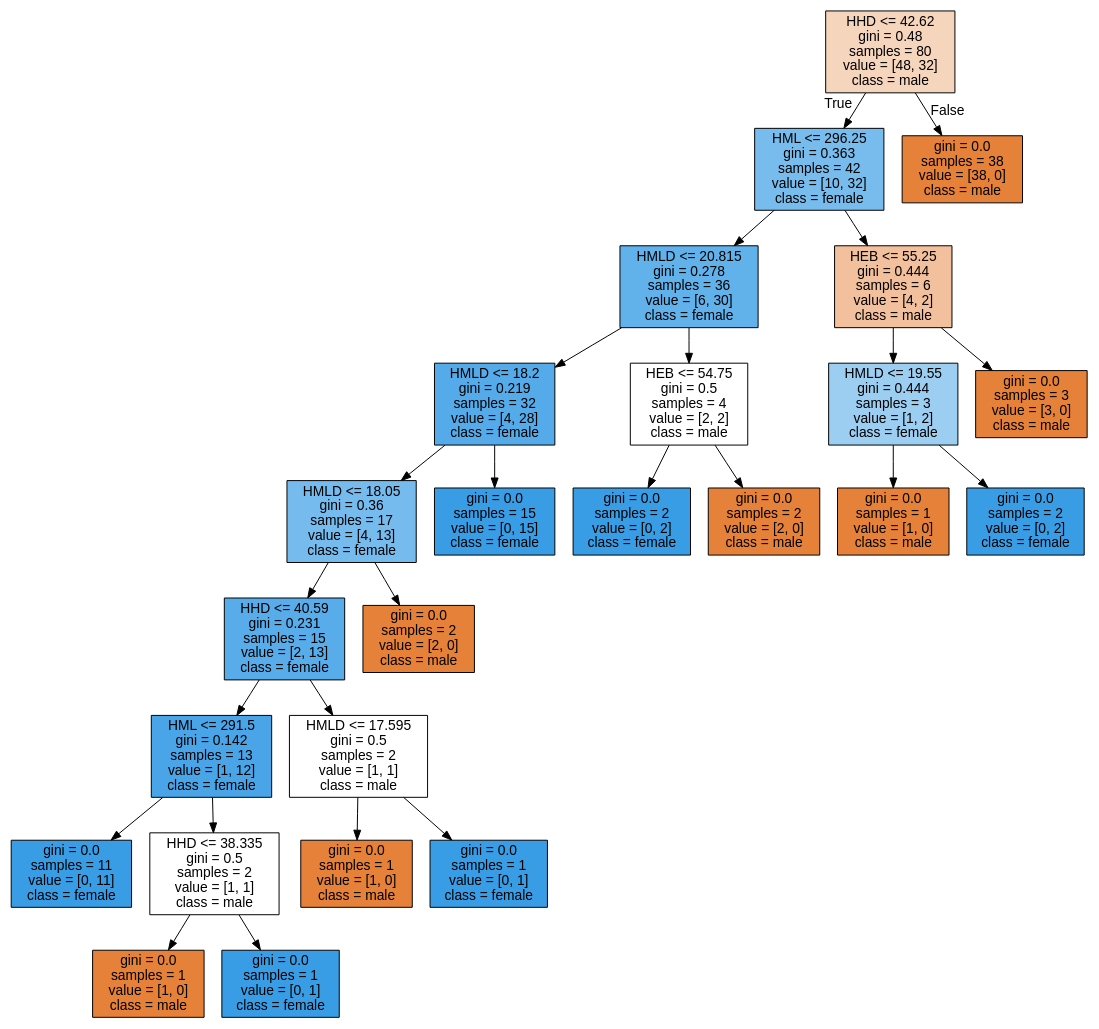
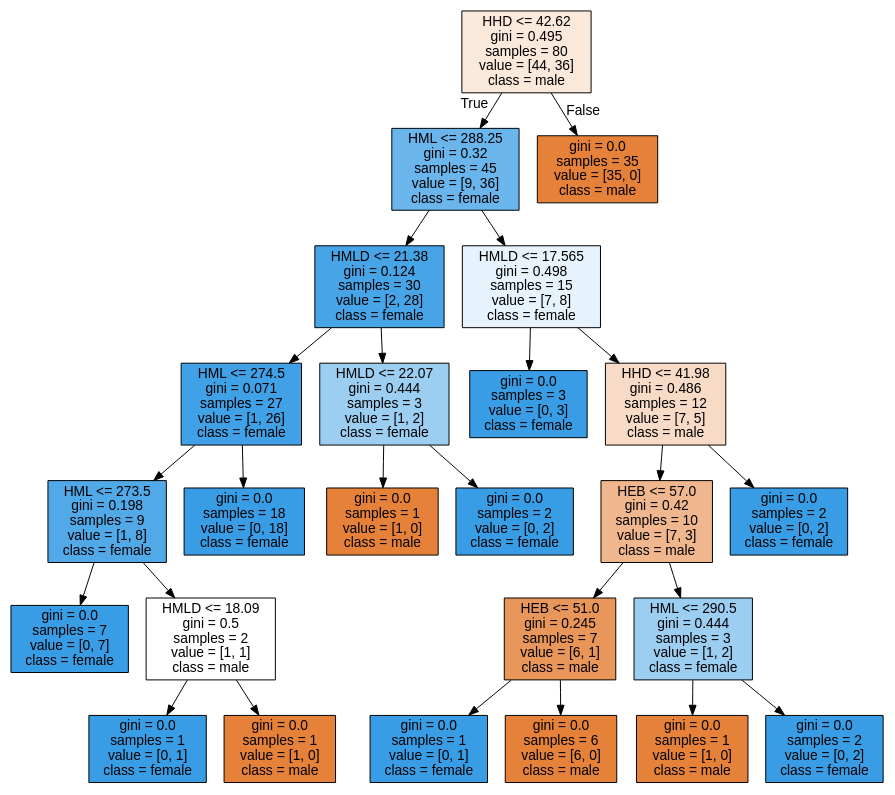
Before and after one commit to AndreeaBolonyi/ReconstituiriIstorice: the diagram in tree.dot, drawn with Graphviz. The commit also changed 5 other files, not shown here.

```diff
--- a/tree.dot
+++ b/tree.dot
@@ -1,53 +1,53 @@
 digraph Tree {
 node [shape=box, style="filled", color="black", fontname="helvetica"] ;
 edge [fontname="helvetica"] ;
-0 [label="HHD <= 42.62\ngini = 0.48\nsamples = 80\nvalue = [48, 32]\nclass = male", fillcolor="#f6d5bd"] ;
-1 [label="HML <= 296.25\ngini = 0.363\nsamples = 42\nvalue = [10, 32]\nclass = female", fillcolor="#77bced"] ;
+0 [label="HHD <= 42.62\ngini = 0.495\nsamples = 80\nvalue = [44, 36]\nclass = male", fillcolor="#fae8db"] ;
+1 [label="HML <= 288.25\ngini = 0.32\nsamples = 45\nvalue = [9, 36]\nclass = female", fillcolor="#6ab6ec"] ;
 0 -> 1 [labeldistance=2.5, labelangle=45, headlabel="True"] ;
-2 [label="HMLD <= 20.815\ngini = 0.278\nsamples = 36\nvalue = [6, 30]\nclass = female", fillcolor="#61b1ea"] ;
+2 [label="HMLD <= 21.38\ngini = 0.124\nsamples = 30\nvalue = [2, 28]\nclass = female", fillcolor="#47a4e7"] ;
 1 -> 2 ;
-3 [label="HMLD <= 18.2\ngini = 0.219\nsamples = 32\nvalue = [4, 28]\nclass = female", fillcolor="#55abe9"] ;
+3 [label="HML <= 274.5\ngini = 0.071\nsamples = 27\nvalue = [1, 26]\nclass = female", fillcolor="#41a1e6"] ;
 2 -> 3 ;
-4 [label="HMLD <= 18.05\ngini = 0.36\nsamples = 17\nvalue = [4, 13]\nclass = female", fillcolor="#76bbed"] ;
+4 [label="HML <= 273.5\ngini = 0.198\nsamples = 9\nvalue = [1, 8]\nclass = female", fillcolor="#52a9e8"] ;
 3 -> 4 ;
-5 [label="HHD <= 40.59\ngini = 0.231\nsamples = 15\nvalue = [2, 13]\nclass = female", fillcolor="#57ace9"] ;
+5 [label="gini = 0.0\nsamples = 7\nvalue = [0, 7]\nclass = female", fillcolor="#399de5"] ;
 4 -> 5 ;
-6 [label="HML <= 291.5\ngini = 0.142\nsamples = 13\nvalue = [1, 12]\nclass = female", fillcolor="#49a5e7"] ;
-5 -> 6 ;
-7 [label="gini = 0.0\nsamples = 11\nvalue = [0, 11]\nclass = female", fillcolor="#399de5"] ;
+6 [label="HMLD <= 18.09\ngini = 0.5\nsamples = 2\nvalue = [1, 1]\nclass = male", fillcolor="#ffffff"] ;
+4 -> 6 ;
+7 [label="gini = 0.0\nsamples = 1\nvalue = [0, 1]\nclass = female", fillcolor="#399de5"] ;
 6 -> 7 ;
-8 [label="HHD <= 38.335\ngini = 0.5\nsamples = 2\nvalue = [1, 1]\nclass = male", fillcolor="#ffffff"] ;
+8 [label="gini = 0.0\nsamples = 1\nvalue = [1, 0]\nclass = male", fillcolor="#e58139"] ;
 6 -> 8 ;
-9 [label="gini = 0.0\nsamples = 1\nvalue = [1, 0]\nclass = male", fillcolor="#e58139"] ;
-8 -> 9 ;
-10 [label="gini = 0.0\nsamples = 1\nvalue = [0, 1]\nclass = female", fillcolor="#399de5"] ;
-8 -> 10 ;
-11 [label="HMLD <= 17.595\ngini = 0.5\nsamples = 2\nvalue = [1, 1]\nclass = male", fillcolor="#ffffff"] ;
-5 -> 11 ;
-12 [label="gini = 0.0\nsamples = 1\nvalue = [1, 0]\nclass = male", fillcolor="#e58139"] ;
-11 -> 12 ;
-13 [label="gini = 0.0\nsamples = 1\nvalue = [0, 1]\nclass = female", fillcolor="#399de5"] ;
-11 -> 13 ;
-14 [label="gini = 0.0\nsamples = 2\nvalue = [2, 0]\nclass = male", fillcolor="#e58139"] ;
-4 -> 14 ;
-15 [label="gini = 0.0\nsamples = 15\nvalue = [0, 15]\nclass = female", fillcolor="#399de5"] ;
-3 -> 15 ;
-16 [label="HEB <= 54.75\ngini = 0.5\nsamples = 4\nvalue = [2, 2]\nclass = male", fillcolor="#ffffff"] ;
-2 -> 16 ;
-17 [label="gini = 0.0\nsamples = 2\nvalue = [0, 2]\nclass = female", fillcolor="#399de5"] ;
+9 [label="gini = 0.0\nsamples = 18\nvalue = [0, 18]\nclass = female", fillcolor="#399de5"] ;
+3 -> 9 ;
+10 [label="HMLD <= 22.07\ngini = 0.444\nsamples = 3\nvalue = [1, 2]\nclass = female", fillcolor="#9ccef2"] ;
+2 -> 10 ;
+11 [label="gini = 0.0\nsamples = 1\nvalue = [1, 0]\nclass = male", fillcolor="#e58139"] ;
+10 -> 11 ;
+12 [label="gini = 0.0\nsamples = 2\nvalue = [0, 2]\nclass = female", fillcolor="#399de5"] ;
+10 -> 12 ;
+13 [label="HMLD <= 17.565\ngini = 0.498\nsamples = 15\nvalue = [7, 8]\nclass = female", fillcolor="#e6f3fc"] ;
+1 -> 13 ;
+14 [label="gini = 0.0\nsamples = 3\nvalue = [0, 3]\nclass = female", fillcolor="#399de5"] ;
+13 -> 14 ;
+15 [label="HHD <= 41.98\ngini = 0.486\nsamples = 12\nvalue = [7, 5]\nclass = male", fillcolor="#f8dbc6"] ;
+13 -> 15 ;
+16 [label="HEB <= 57.0\ngini = 0.42\nsamples = 10\nvalue = [7, 3]\nclass = male", fillcolor="#f0b78e"] ;
+15 -> 16 ;
+17 [label="HEB <= 51.0\ngini = 0.245\nsamples = 7\nvalue = [6, 1]\nclass = male", fillcolor="#e9965a"] ;
 16 -> 17 ;
-18 [label="gini = 0.0\nsamples = 2\nvalue = [2, 0]\nclass = male", fillcolor="#e58139"] ;
-16 -> 18 ;
-19 [label="HEB <= 55.25\ngini = 0.444\nsamples = 6\nvalue = [4, 2]\nclass = male", fillcolor="#f2c09c"] ;
-1 -> 19 ;
-20 [label="HMLD <= 19.55\ngini = 0.444\nsamples = 3\nvalue = [1, 2]\nclass = female", fillcolor="#9ccef2"] ;
-19 -> 20 ;
+18 [label="gini = 0.0\nsamples = 1\nvalue = [0, 1]\nclass = female", fillcolor="#399de5"] ;
+17 -> 18 ;
+19 [label="gini = 0.0\nsamples = 6\nvalue = [6, 0]\nclass = male", fillcolor="#e58139"] ;
+17 -> 19 ;
+20 [label="HML <= 290.5\ngini = 0.444\nsamples = 3\nvalue = [1, 2]\nclass = female", fillcolor="#9ccef2"] ;
+16 -> 20 ;
 21 [label="gini = 0.0\nsamples = 1\nvalue = [1, 0]\nclass = male", fillcolor="#e58139"] ;
 20 -> 21 ;
 22 [label="gini = 0.0\nsamples = 2\nvalue = [0, 2]\nclass = female", fillcolor="#399de5"] ;
 20 -> 22 ;
-23 [label="gini = 0.0\nsamples = 3\nvalue = [3, 0]\nclass = male", fillcolor="#e58139"] ;
-19 -> 23 ;
-24 [label="gini = 0.0\nsamples = 38\nvalue = [38, 0]\nclass = male", fillcolor="#e58139"] ;
+23 [label="gini = 0.0\nsamples = 2\nvalue = [0, 2]\nclass = female", fillcolor="#399de5"] ;
+15 -> 23 ;
+24 [label="gini = 0.0\nsamples = 35\nvalue = [35, 0]\nclass = male", fillcolor="#e58139"] ;
 0 -> 24 [labeldistance=2.5, labelangle=-45, headlabel="False"] ;
 }
```
